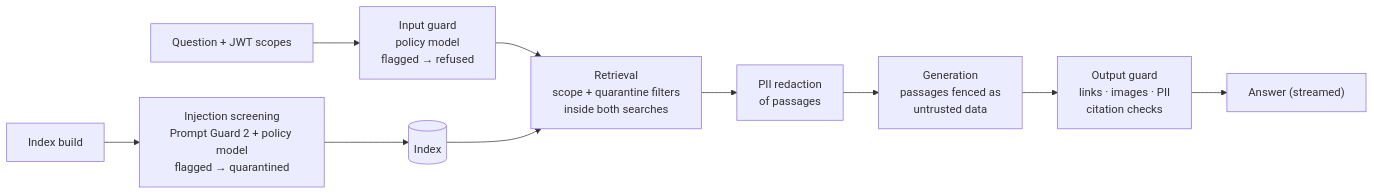
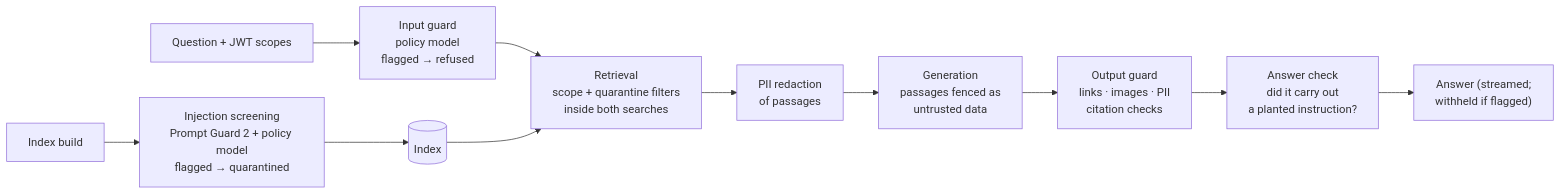
The third of 3 diagrams in README.md (krishivsaini/Sentinel), drawn with Mermaid before and after one commit. The commit also changed other lines of this file and 14 other files, not shown here.

````diff
--- a/README.md
+++ b/README.md
@@ -449,12 +471,13 @@
 ```mermaid
 flowchart LR
     I["Index build"] --> SC["Injection screening<br/>Prompt Guard 2 + policy model<br/>flagged → quarantined"]
     SC --> IDX[("Index")]
     Q["Question + JWT scopes"] --> IG["Input guard<br/>policy model<br/>flagged → refused"]
     IG --> R["Retrieval<br/>scope + quarantine filters<br/>inside both searches"]
     IDX --> R
     R --> P["PII redaction<br/>of passages"]
     P --> G["Generation<br/>passages fenced as<br/>untrusted data"]
     G --> O["Output guard<br/>links · images · PII<br/>citation checks"]
-    O --> A["Answer (streamed)"]
+    O --> C["Answer check<br/>did it carry out<br/>a planted instruction?"]
+    C --> A["Answer (streamed;<br/>withheld if flagged)"]
 ```
````
